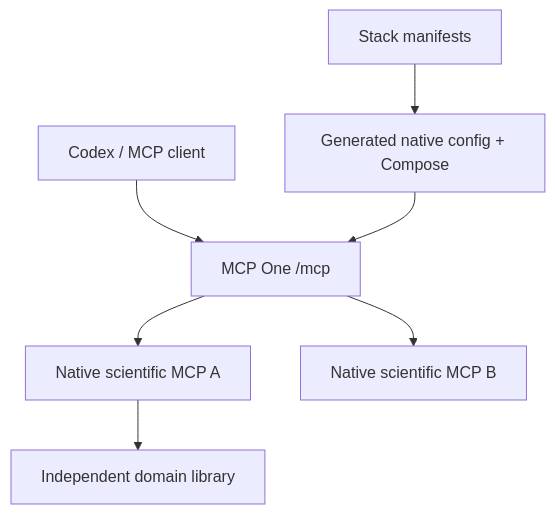
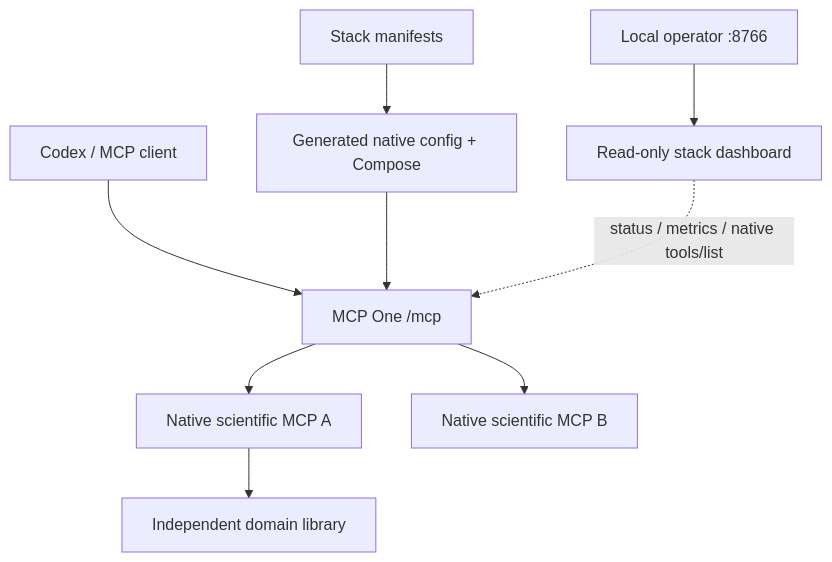
One commit to Miguell-J/mcp-stack changed the diagram in docs/architecture.md. Above: the diagram before and after it, drawn with Mermaid. The commit also changed other lines of this file and 35 other files, not shown here.

Commit message:
feat: add local monitoring dashboard with contracts and performance charts

````diff
--- a/docs/architecture.md
+++ b/docs/architecture.md
@@ -3,9 +3,11 @@
 ```mermaid
 flowchart TD
     C[Codex / MCP client] --> H[MCP One /mcp]
     H --> A[Native scientific MCP A]
     H --> B[Native scientific MCP B]
     A --> L[Independent domain library]
     M[Stack manifests] --> G[Generated native config + Compose]
     G --> H
+    O[Local operator :8766] --> D[Read-only stack dashboard]
+    D -. status / metrics / native tools/list .-> H
 ```
````
